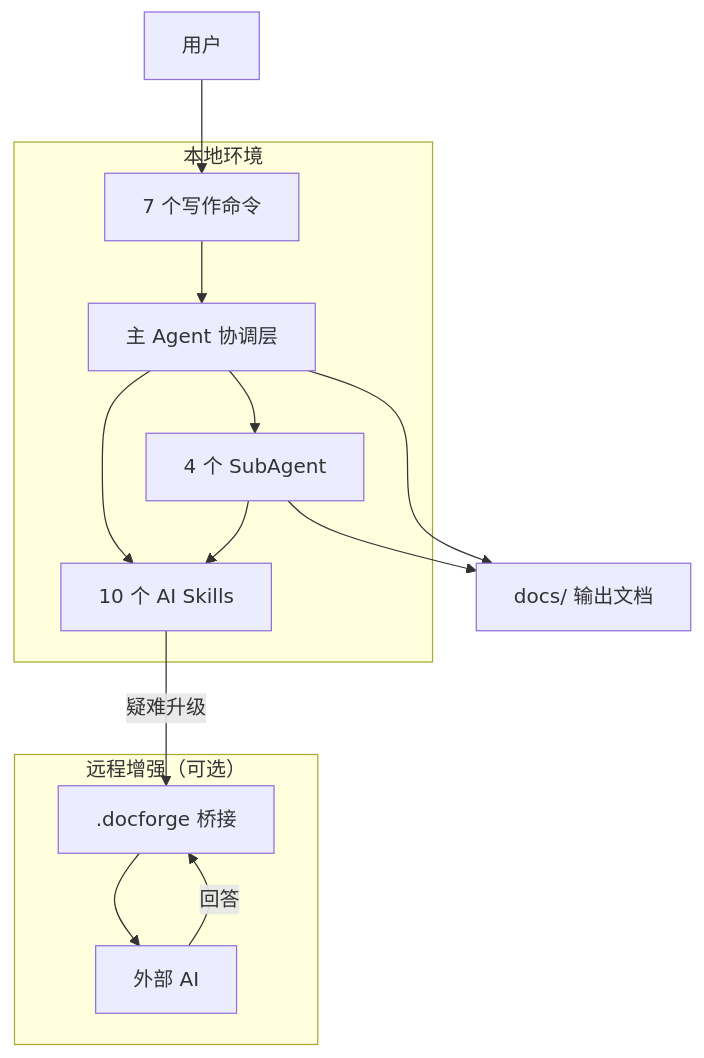
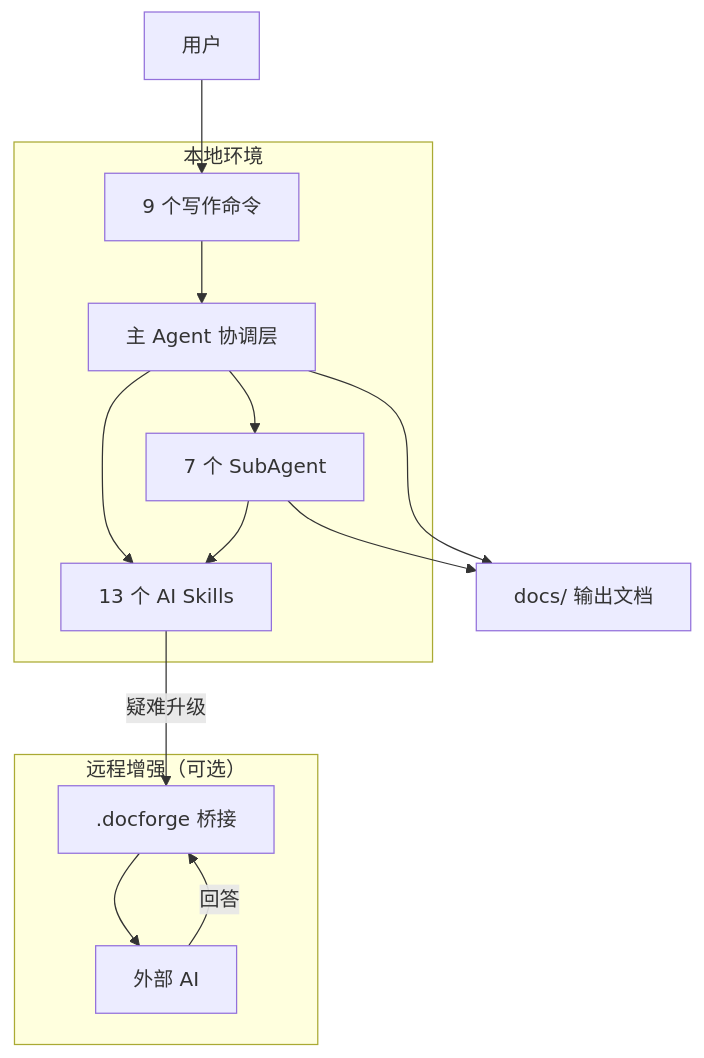
The diagram in README.md (maxiee/MaeDoc), drawn with Mermaid before and after one commit. The commit also changed other lines of this file and 23 other files, not shown here.

````diff
--- a/README.md
+++ b/README.md
@@ -188,29 +209,29 @@
 ```mermaid
 graph TD
     User["用户"]
 
     subgraph Local["本地环境"]
-        Commands["7 个写作命令"]
+        Commands["9 个写作命令"]
         MainAgent["主 Agent 协调层"]
-        SubAgents["4 个 SubAgent"]
-        Skills["10 个 AI Skills"]
+        SubAgents["7 个 SubAgent"]
+        Skills["13 个 AI Skills"]
     end
 
     subgraph Remote["远程增强（可选）"]
         Bridge[".docforge 桥接"]
         RemoteModel["外部 AI"]
     end
 
     Docs["docs/ 输出文档"]
 
     User --> Commands
     Commands --> MainAgent
     MainAgent --> SubAgents
     MainAgent --> Skills
     SubAgents --> Skills
     SubAgents --> Docs
     MainAgent --> Docs
     Skills -->|"疑难升级"| Bridge
     Bridge --> RemoteModel
     RemoteModel -->|"回答"| Bridge
 ```
````
